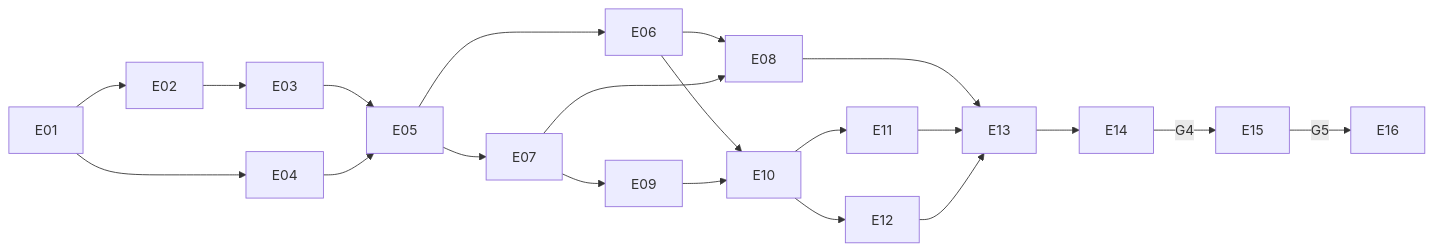
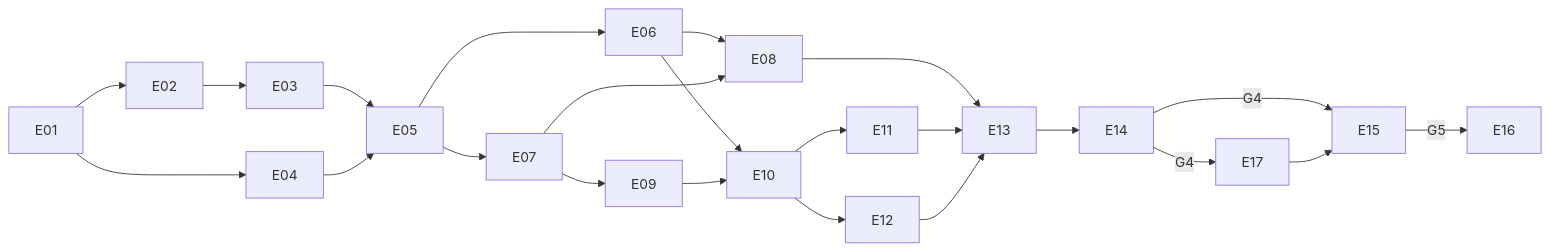
One commit to KaanEmec/vitamux changed the diagram in docs/plan/README.md. Above: the diagram before and after it, drawn with Mermaid. The commit also changed other lines of this file and 32 other files, not shown here.

````diff
--- a/docs/plan/README.md
+++ b/docs/plan/README.md
@@ -43,12 +44,13 @@
 ```mermaid
 flowchart LR
   E01 --> E02 --> E03 --> E05
   E01 --> E04 --> E05
   E05 --> E06 & E07
   E06 & E07 --> E08
   E07 --> E09
   E06 & E09 --> E10 --> E11
   E10 --> E12
   E08 & E11 & E12 --> E13 --> E14
   E14 -->|G4| E15 -->|G5| E16
+  E14 -->|G4| E17 --> E15
 ```
````
